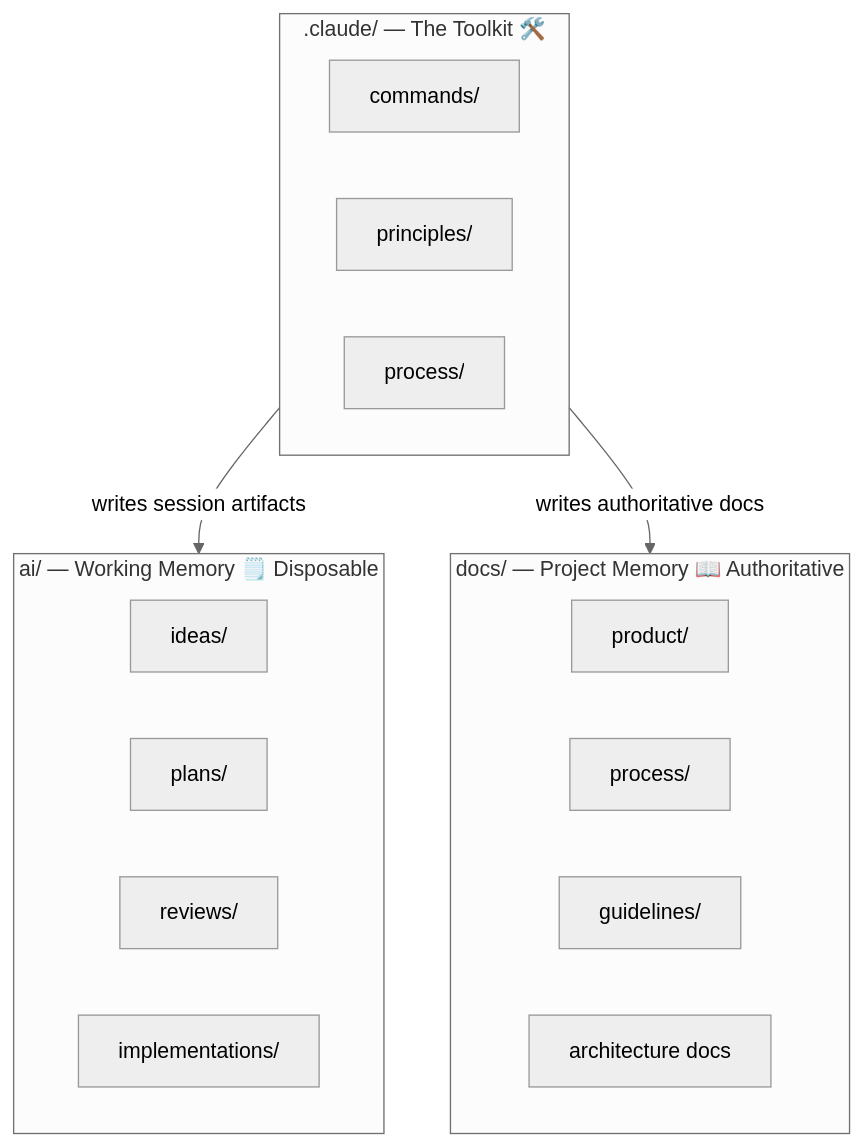
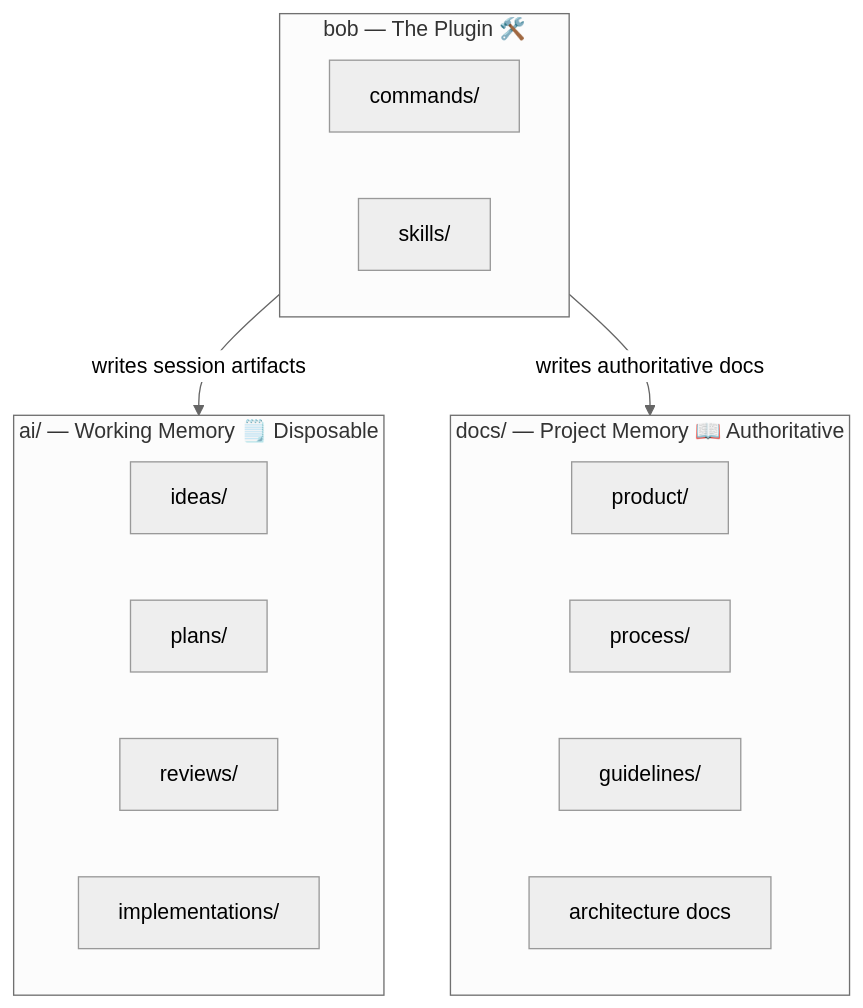
Before and after one commit to bofrese/dot.claude: the second of 5 diagrams in docs/user-guide.md, drawn with Mermaid (neutral theme). The commit also changed other lines of this file and 14 other files, not shown here.

````diff
--- a/docs/user-guide.md
+++ b/docs/user-guide.md
@@ -91,22 +91,21 @@
 ```mermaid
 flowchart TD
-    subgraph Toolkit[".claude/ — The Toolkit 🛠️"]
+    subgraph Toolkit["bob — The Plugin 🛠️"]
         CMD["commands/"]
-        PRI["principles/"]
-        PRO["process/"]
+        SKL["skills/"]
     end
     Toolkit -->|"writes session artifacts"| Working
     Toolkit -->|"writes authoritative docs"| Permanent
     subgraph Working["ai/ — Working Memory 🗒️ Disposable"]
         W1["ideas/"]
         W2["plans/"]
         W3["reviews/"]
         W4["implementations/"]
     end
     subgraph Permanent["docs/ — Project Memory 📖 Authoritative"]
         P1["product/"]
         P2["process/"]
         P3["guidelines/"]
         P4["architecture docs"]
     end
 ```
````
